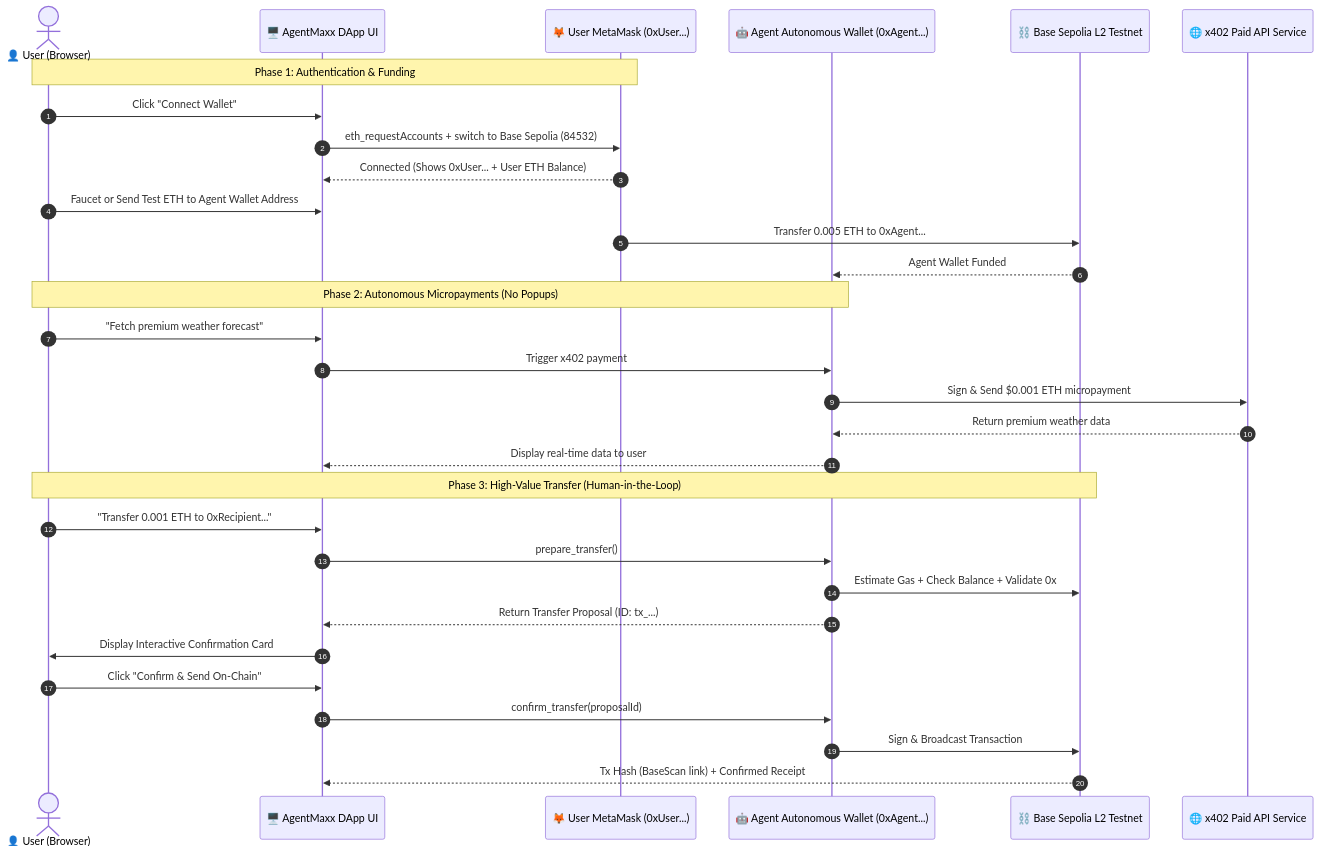
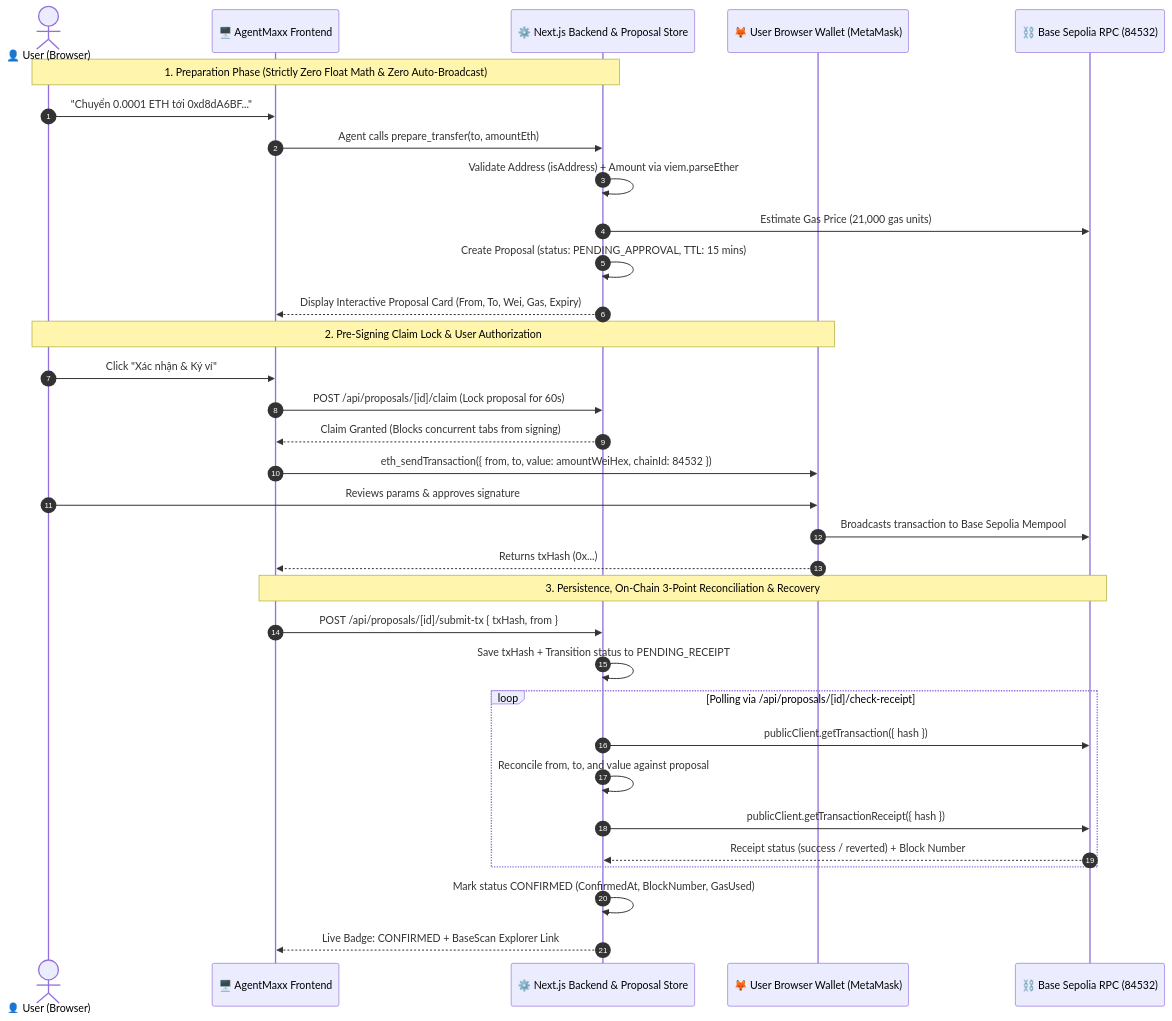
One commit to Khanh-09/Agentmaxxin changed the first of 3 diagrams in README.md. Above: the diagram before and after it, drawn with Mermaid. The commit also changed other lines of this file, not shown here.

Commit message:
docs: Update comprehensive architectural workflows and 8 core usecase scenarios for Week 3

````diff
--- a/README.md
+++ b/README.md
@@ -42,36 +43,38 @@
 ```mermaid
 sequenceDiagram
     autonumber
     actor User as 👤 User (Browser)
-    participant UI as 🖥️ AgentMaxx DApp UI
-    participant UserWallet as 🦊 User MetaMask (0xUser...)
-    participant AgentWallet as 🤖 Agent Autonomous Wallet (0xAgent...)
-    participant BaseL2 as ⛓️ Base Sepolia L2 Testnet
-    participant x402Service as 🌐 x402 Paid API Service
+    participant UI as 🖥️ AgentMaxx Frontend
+    participant Backend as ⚙️ Next.js Backend & Proposal Store
+    participant Wallet as 🦊 User Browser Wallet (MetaMask)
+    participant BaseL2 as ⛓️ Base Sepolia RPC (84532)
 
-    Note over User,UserWallet: Phase 1: Authentication & Funding
-    User->>UI: Click "Connect Wallet"
-    UI->>UserWallet: eth_requestAccounts + switch to Base Sepolia (84532)
-    UserWallet-->>UI: Connected (Shows 0xUser... + User ETH Balance)
-    User->>UI: Faucet or Send Test ETH to Agent Wallet Address
-    UserWallet->>BaseL2: Transfer 0.005 ETH to 0xAgent...
-    BaseL2-->>AgentWallet: Agent Wallet Funded
+    Note over User,Backend: 1. Preparation Phase (Strictly Zero Float Math & Zero Auto-Broadcast)
+    User->>UI: "Chuyển 0.0001 ETH tới 0xd8dA6BF..."
+    UI->>Backend: Agent calls prepare_transfer(to, amountEth)
+    Backend->>Backend: Validate Address (isAddress) + Amount via viem.parseEther
+    Backend->>BaseL2: Estimate Gas Price (21,000 gas units)
+    Backend->>Backend: Create Proposal (status: PENDING_APPROVAL, TTL: 15 mins)
+    Backend-->>UI: Display Interactive Proposal Card (From, To, Wei, Gas, Expiry)
 
-    Note over User,AgentWallet: Phase 2: Autonomous Micropayments (No Popups)
-    User->>UI: "Fetch premium weather forecast"
-    UI->>AgentWallet: Trigger x402 payment
-    AgentWallet->>x402Service: Sign & Send $0.001 ETH micropayment
-    x402Service-->>AgentWallet: Return premium weather data
-    AgentWallet-->>UI: Display real-time data to user
+    Note over User,Wallet: 2. Pre-Signing Claim Lock & User Authorization
+    User->>UI: Click "Xác nhận & Ký ví"
+    UI->>Backend: POST /api/proposals/[id]/claim (Lock proposal for 60s)
+    Backend-->>UI: Claim Granted (Blocks concurrent tabs from signing)
+    UI->>Wallet: eth_sendTransaction({ from, to, value: amountWeiHex, chainId: 84532 })
+    User->>Wallet: Reviews params & approves signature
+    Wallet->>BaseL2: Broadcasts transaction to Base Sepolia Mempool
+    Wallet-->>UI: Returns txHash (0x...)
 
-    Note over User,BaseL2: Phase 3: High-Value Transfer (Human-in-the-Loop)
-    User->>UI: "Transfer 0.001 ETH to 0xRecipient..."
-    UI->>AgentWallet: prepare_transfer()
-    AgentWallet->>BaseL2: Estimate Gas + Check Balance + Validate 0x
-    AgentWallet-->>UI: Return Transfer Proposal (ID: tx_...)
-    UI->>User: Display Interactive Confirmation Card
-    User->>UI: Click "Confirm & Send On-Chain"
-    UI->>AgentWallet: confirm_transfer(proposalId)
-    AgentWallet->>BaseL2: Sign & Broadcast Transaction
-    BaseL2-->>UI: Tx Hash (BaseScan link) + Confirmed Receipt
+    Note over UI,BaseL2: 3. Persistence, On-Chain 3-Point Reconciliation & Recovery
+    UI->>Backend: POST /api/proposals/[id]/submit-tx { txHash, from }
+    Backend->>Backend: Save txHash + Transition status to PENDING_RECEIPT
+    loop Polling via /api/proposals/[id]/check-receipt
+        Backend->>BaseL2: publicClient.getTransaction({ hash })
+        Backend->>Backend: Reconcile from, to, and value against proposal
+        Backend->>BaseL2: publicClient.getTransactionReceipt({ hash })
+        BaseL2-->>Backend: Receipt status (success / reverted) + Block Number
+    end
+    Backend->>Backend: Mark status CONFIRMED (ConfirmedAt, BlockNumber, GasUsed)
+    Backend-->>UI: Live Badge: CONFIRMED + BaseScan Explorer Link
 ```
````
